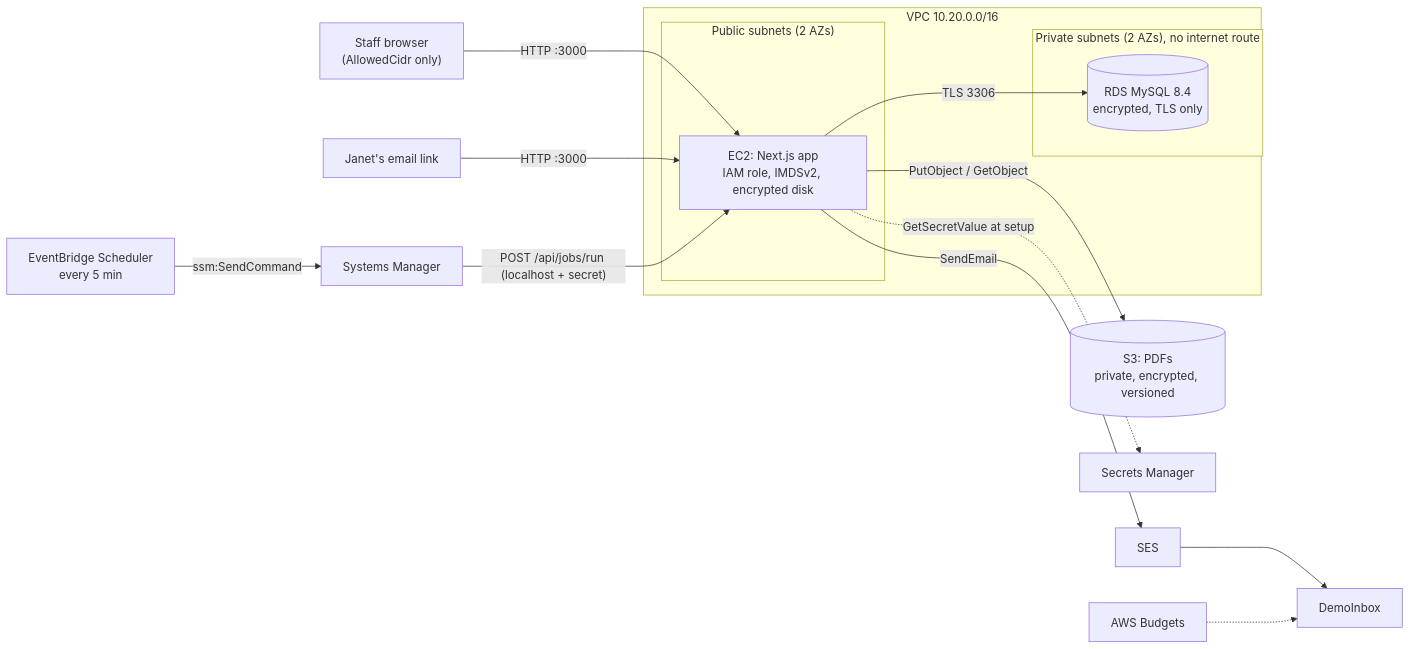
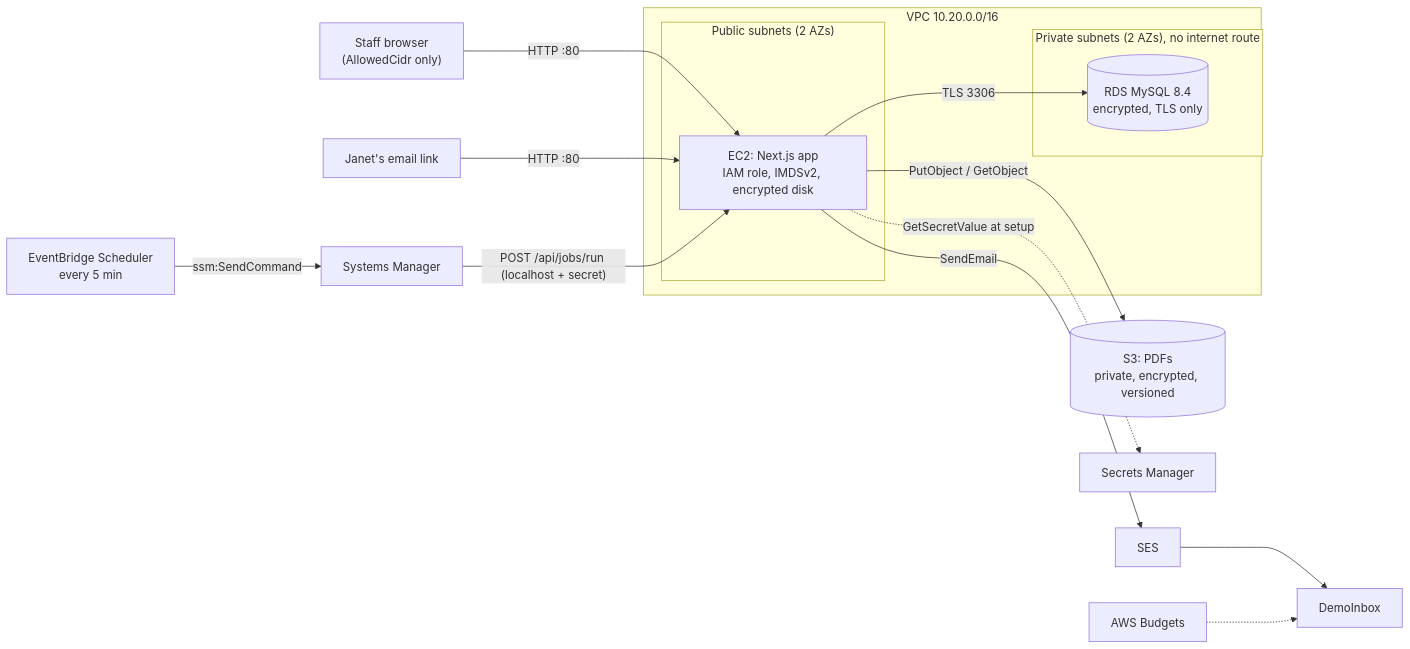
One commit to AlvinChang94/ECP-26S2 changed the diagram in docs/ARCHITECTURE.md. Above: the diagram before and after it, drawn with Mermaid. The commit also changed other lines of this file and 8 other files, not shown here.

````diff
--- a/docs/ARCHITECTURE.md
+++ b/docs/ARCHITECTURE.md
@@ -7,19 +7,19 @@
 ```mermaid
 flowchart LR
-  user["Staff browser<br/>(AllowedCidr only)"] -->|"HTTP :3000"| app
-  janet["Janet's email link"] -->|"HTTP :3000"| app
+  user["Staff browser<br/>(AllowedCidr only)"] -->|"HTTP :80"| app
+  janet["Janet's email link"] -->|"HTTP :80"| app
   subgraph vpc["VPC 10.20.0.0/16"]
     subgraph pub["Public subnets (2 AZs)"]
       app["EC2: Next.js app<br/>IAM role, IMDSv2, encrypted disk"]
     end
     subgraph priv["Private subnets (2 AZs), no internet route"]
       db[("RDS MySQL 8.4<br/>encrypted, TLS only")]
     end
   end
   app -->|"TLS 3306"| db
   app -->|"PutObject / GetObject"| s3[("S3: PDFs<br/>private, encrypted, versioned")]
   app -->|"SendEmail"| ses["SES"] --> inbox["DemoInbox"]
   sched["EventBridge Scheduler<br/>every 5 min"] -->|"ssm:SendCommand"| ssm["Systems Manager"] -->|"POST /api/jobs/run (localhost + secret)"| app
   app -.->|"GetSecretValue at setup"| sm["Secrets Manager"]
   budget["AWS Budgets"] -.-> inbox
 ```
````
